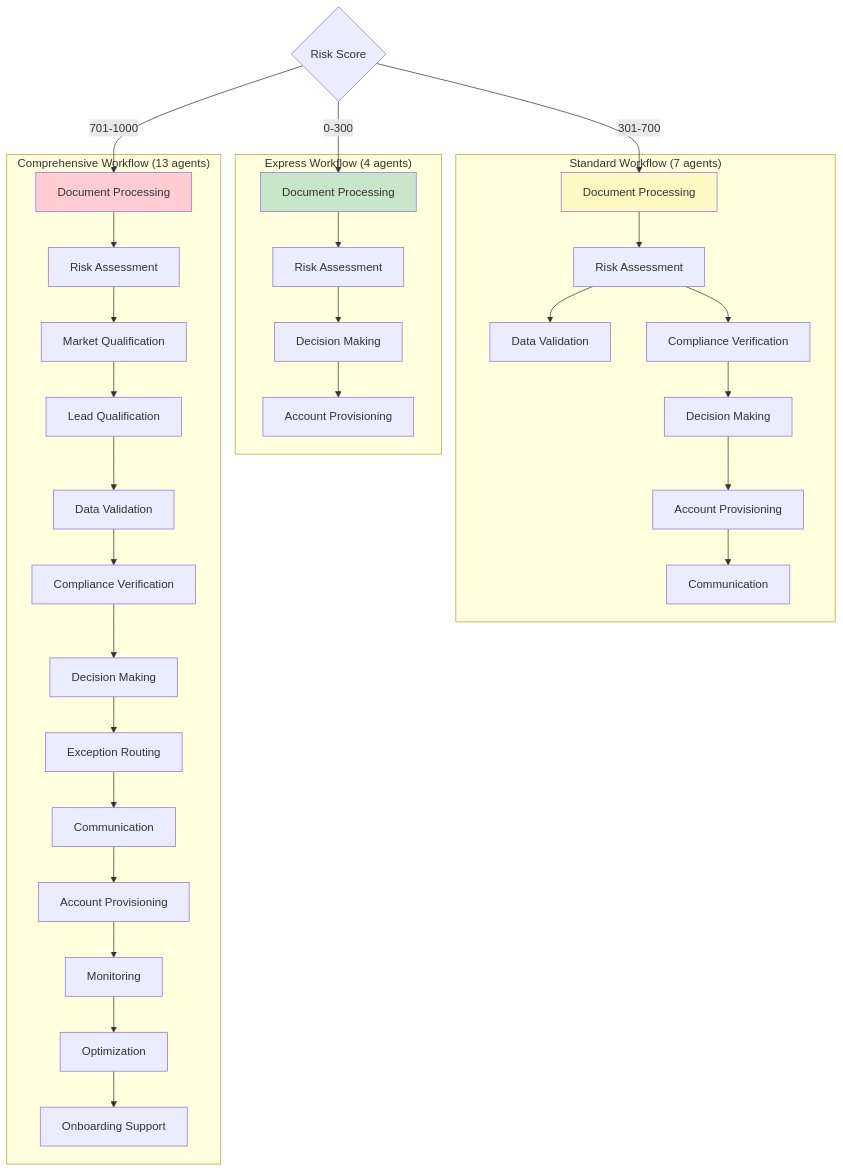
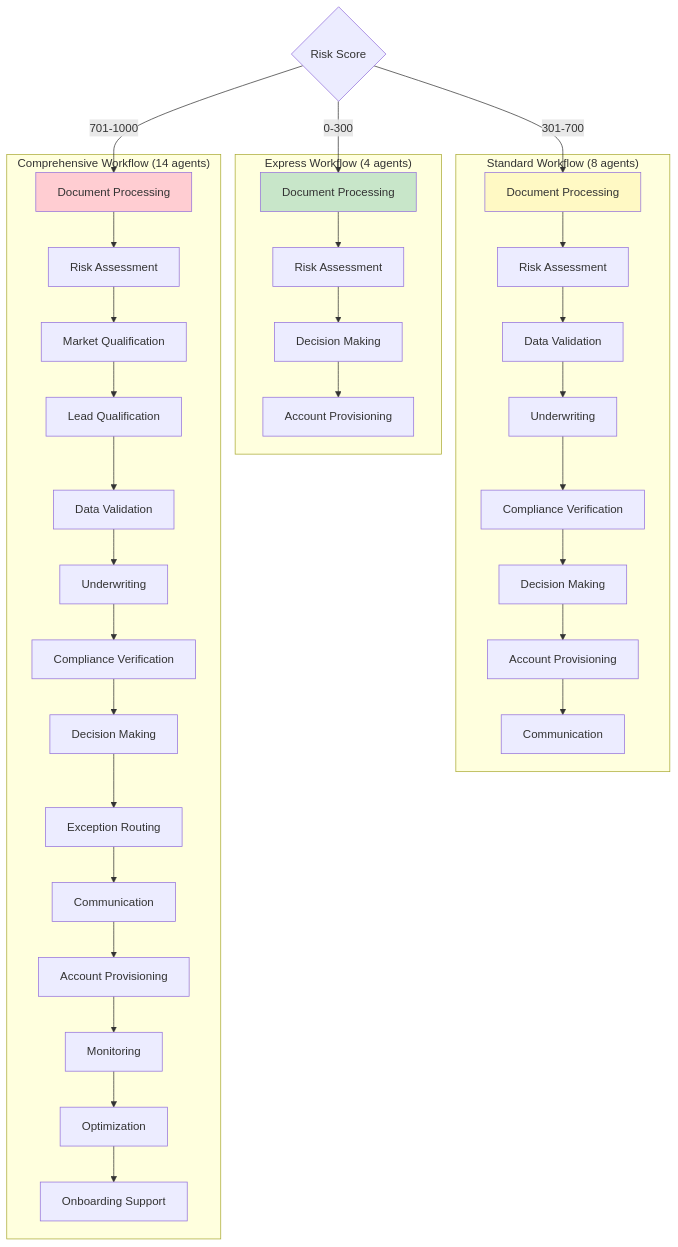
The third of 11 diagrams in merchant-onboarding/AI_Agent_Architecture_Diagrams.md (rishi154/merchant-onboarding), drawn with Mermaid before and after one commit. The commit also changed other lines of this file and 21 other files, not shown here.

````diff
--- a/merchant-onboarding/AI_Agent_Architecture_Diagrams.md
+++ b/merchant-onboarding/AI_Agent_Architecture_Diagrams.md
@@ -80,33 +82,34 @@
 ```mermaid
 graph TB
     subgraph "Express Workflow (4 agents)"
         E1[Document Processing] --> E2[Risk Assessment]
         E2 --> E3[Decision Making] --> E4[Account Provisioning]
     end
     
-    subgraph "Standard Workflow (7 agents)"
+    subgraph "Standard Workflow (8 agents)"
         S1[Document Processing] --> S3[Risk Assessment]
-        S3 --> S2[Data Validation]
-        S3 --> S4[Compliance Verification]
+        S3 --> S2[Data Validation] --> S8[Underwriting]
+        S8 --> S4[Compliance Verification]
         S4 --> S5[Decision Making] --> S6[Account Provisioning]
         S6 --> S7[Communication]
     end
     
-    subgraph "Comprehensive Workflow (13 agents)"
+    subgraph "Comprehensive Workflow (14 agents)"
         C1[Document Processing] --> C2[Risk Assessment]
         C2 --> C3[Market Qualification] --> C4[Lead Qualification]
-        C4 --> C5[Data Validation] --> C6[Compliance Verification]
+        C4 --> C5[Data Validation] --> C14[Underwriting]
+        C14 --> C6[Compliance Verification]
         C6 --> C7[Decision Making] --> C8[Exception Routing]
         C8 --> C9[Communication] --> C10[Account Provisioning]
         C10 --> C11[Monitoring] --> C12[Optimization]
         C12 --> C13[Onboarding Support]
     end
     
     ROUTE{Risk Score} -->|0-300| E1
     ROUTE -->|301-700| S1
     ROUTE -->|701-1000| C1
     
     style E1 fill:#c8e6c9
     style S1 fill:#fff9c4
     style C1 fill:#ffcdd2
 ```
````
